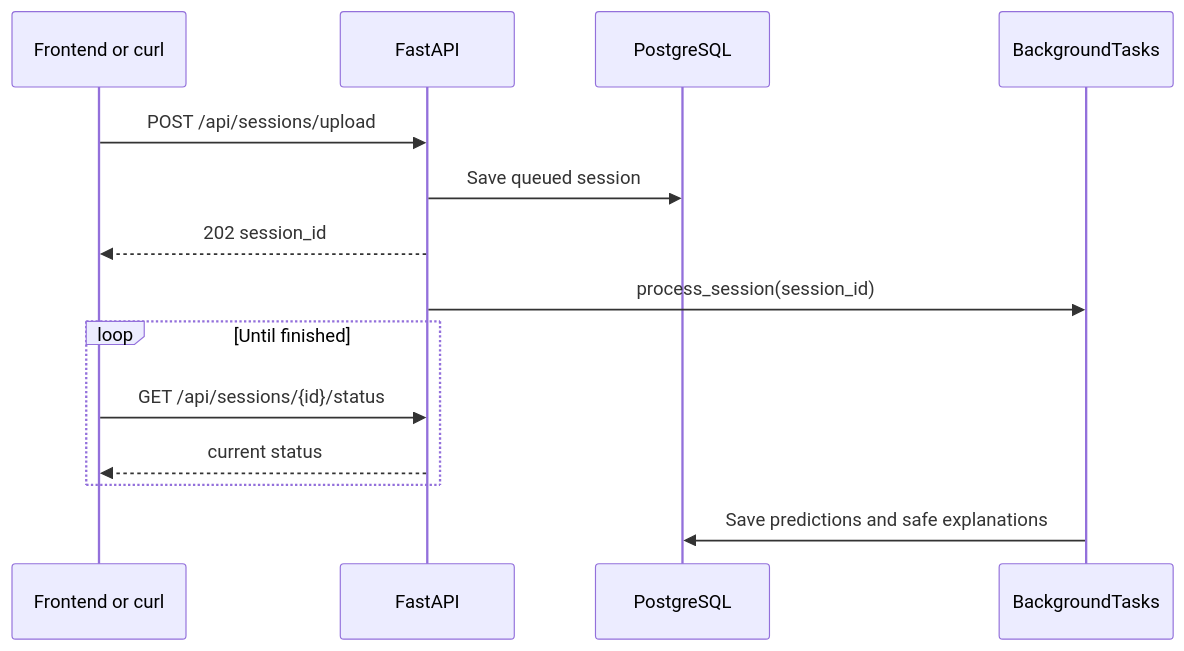
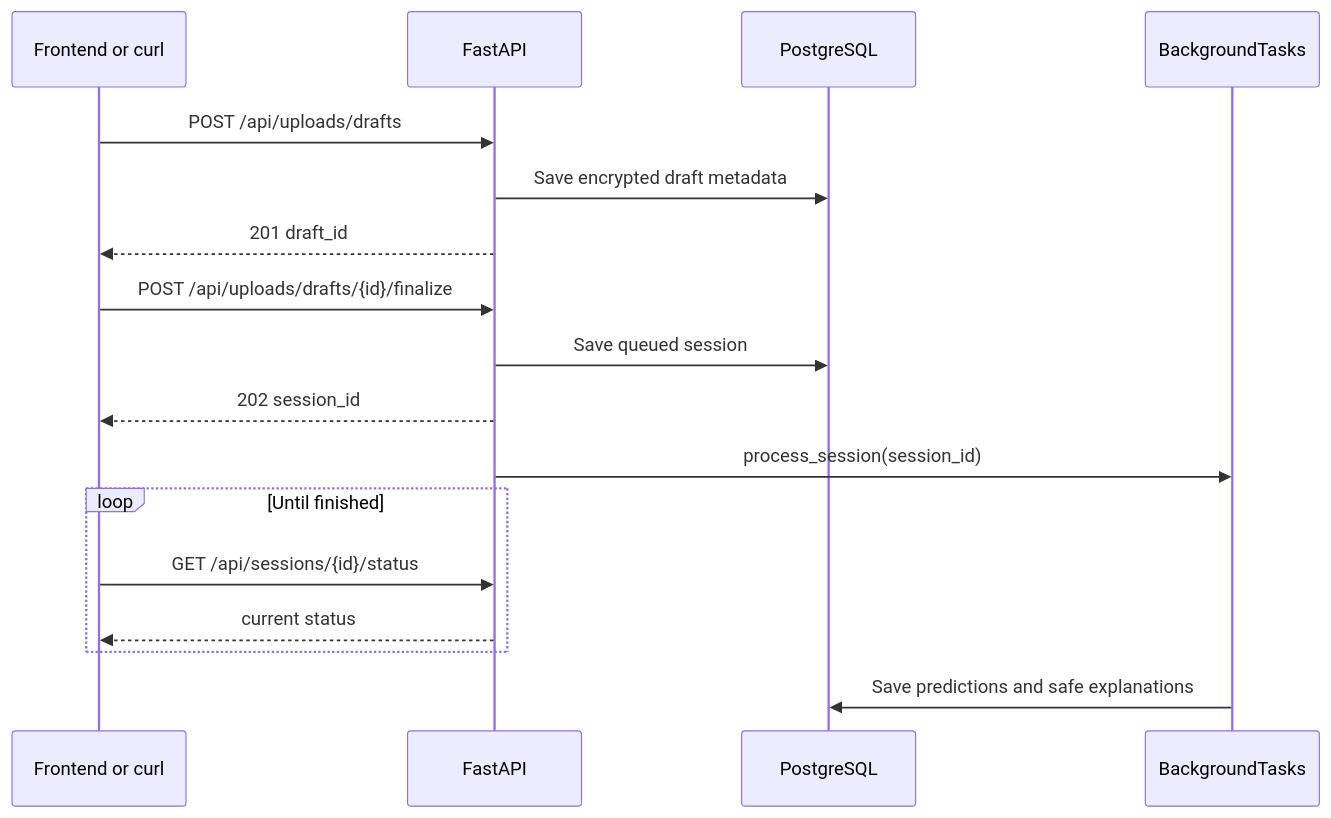
One commit to 4ffaad/FYP-MDS01 changed the second of 2 diagrams in docs/setup.md. Above: the diagram before and after it, drawn with Mermaid. The commit also changed other lines of this file and 377 other files, not shown here.

````diff
--- a/docs/setup.md
+++ b/docs/setup.md
@@ -113,17 +192,20 @@
 ```mermaid
 sequenceDiagram
     participant UI as Frontend or curl
     participant API as FastAPI
     participant DB as PostgreSQL
     participant Task as BackgroundTasks
 
-    UI->>API: POST /api/sessions/upload
+    UI->>API: POST /api/uploads/drafts
+    API->>DB: Save encrypted draft metadata
+    API-->>UI: 201 draft_id
+    UI->>API: POST /api/uploads/drafts/{id}/finalize
     API->>DB: Save queued session
     API-->>UI: 202 session_id
     API->>Task: process_session(session_id)
     loop Until finished
         UI->>API: GET /api/sessions/{id}/status
         API-->>UI: current status
     end
     Task->>DB: Save predictions and safe explanations
 ```
````
